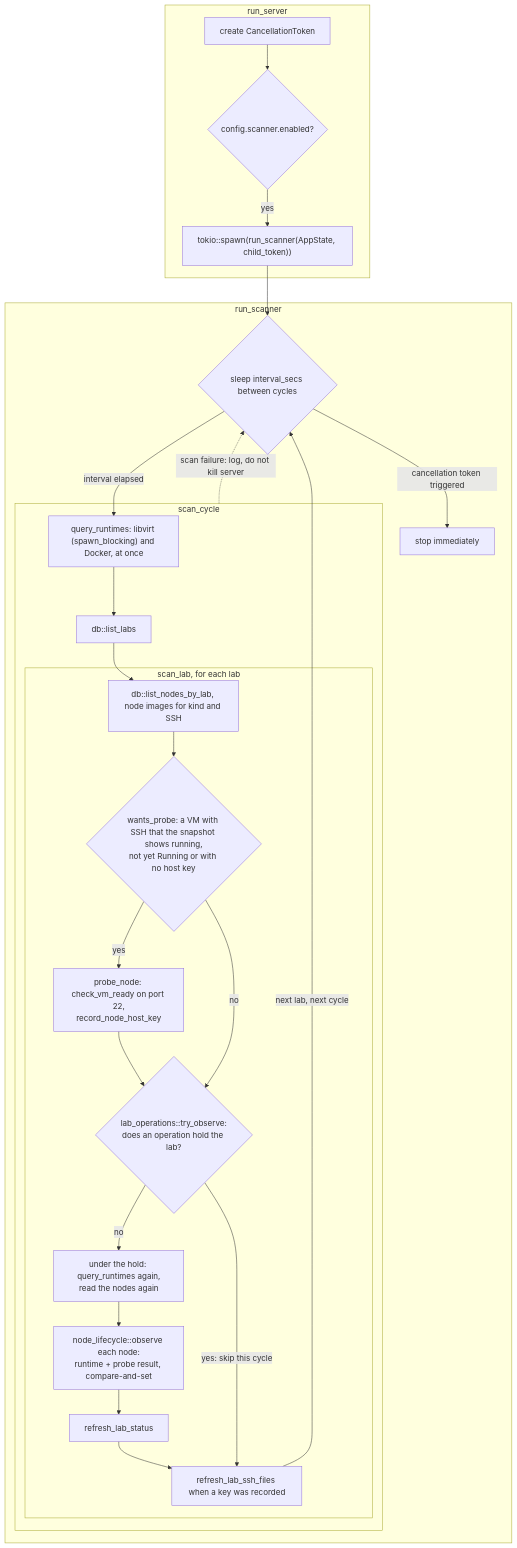
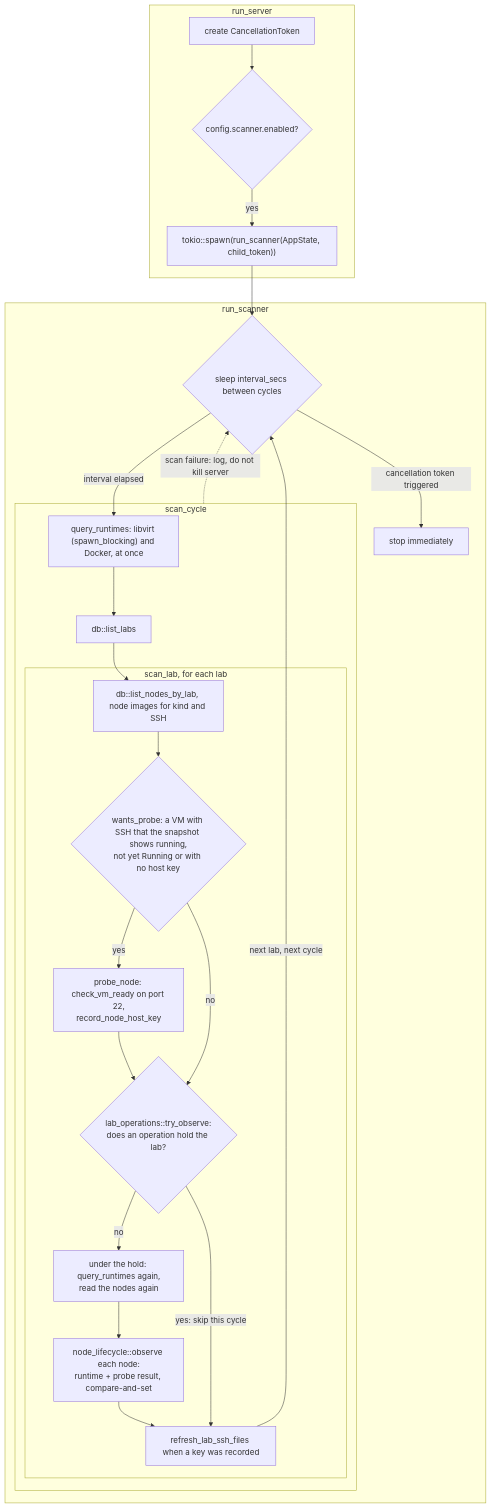
One commit to bwks/sherpa changed diagram 19 of 26 in docs/architecture/SERVER.md. Above: the diagram before and after it, drawn with Mermaid. The commit also changed other lines of this file and 81 other files, not shown here.

````diff
--- a/docs/architecture/SERVER.md
+++ b/docs/architecture/SERVER.md
@@ -926,35 +938,34 @@
 ```mermaid
 flowchart TB
     subgraph runserver["run_server"]
         token["create CancellationToken"] --> enabled{"config.scanner.enabled?"}
         enabled -->|yes| spawn["tokio::spawn(run_scanner(AppState, child_token))"]
     end
     subgraph runscanner["run_scanner"]
         wait{"sleep interval_secs between cycles"}
         stop["stop immediately"]
         subgraph scancycle["scan_cycle"]
             snapshot["query_runtimes: libvirt (spawn_blocking) and Docker, at once"]
             listlabs["db::list_labs"]
             subgraph eachlab["scan_lab, for each lab"]
                 listnodes["db::list_nodes_by_lab, node images for kind and SSH"]
                 wantsprobe{"wants_probe: a VM with SSH that the snapshot shows running,<br/>not yet Running or with no host key"}
                 probe["probe_node: check_vm_ready on port 22,<br/>record_node_host_key"]
                 hold{"lab_operations::try_observe:<br/>does an operation hold the lab?"}
                 fresh["under the hold: query_runtimes again,<br/>read the nodes again"]
                 observe["node_lifecycle::observe each node:<br/>runtime + probe result, compare-and-set"]
-                labstatus["refresh_lab_status"]
                 refresh["refresh_lab_ssh_files when a key was recorded"]
             end
         end
     end
     spawn --> wait
     wait -->|cancellation token triggered| stop
     wait -->|interval elapsed| snapshot
     snapshot --> listlabs --> listnodes --> wantsprobe
     wantsprobe -->|yes| probe --> hold
     wantsprobe -->|no| hold
-    hold -->|no| fresh --> observe --> labstatus --> refresh
+    hold -->|no| fresh --> observe --> refresh
     hold -->|yes: skip this cycle| refresh
     refresh -->|next lab, next cycle| wait
     scancycle -.->|"scan failure: log, do not kill server"| wait
 ```
````
